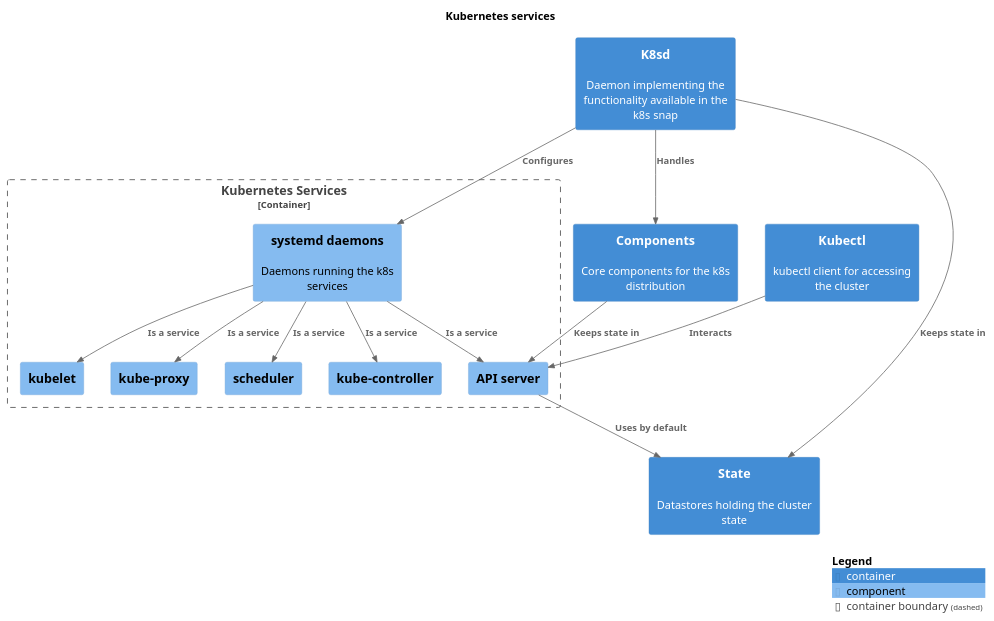
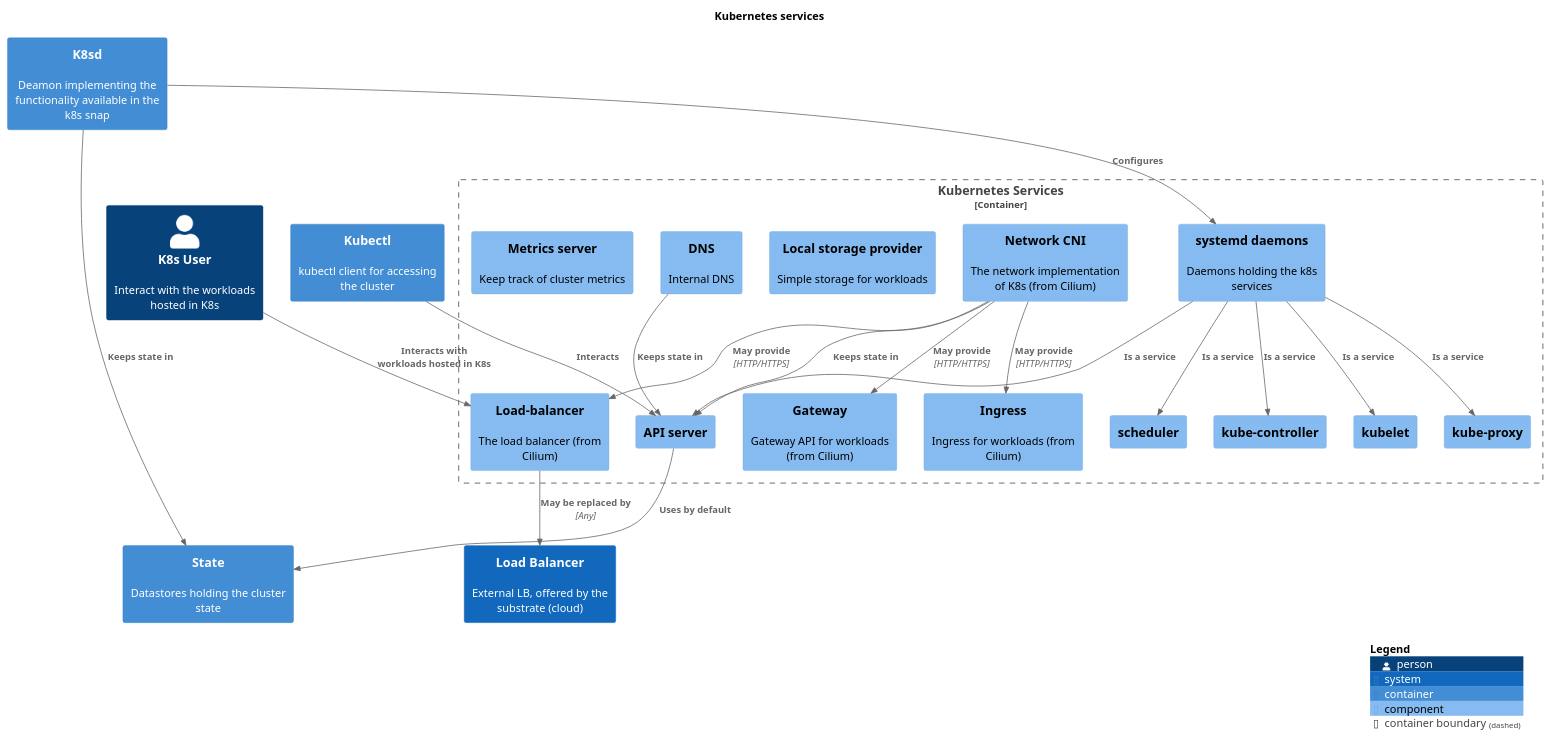
One commit to canonical/k8s-snap changed the diagram in docs/src/assets/k8s-services.puml. Above: the diagram before and after it, drawn with PlantUML. The commit also changed 17 other files, not shown here.

```diff
--- a/docs/src/assets/k8s-services.puml
+++ b/docs/src/assets/k8s-services.puml
@@ -1,39 +1,52 @@
 @startuml
 set separator none
 title Kubernetes services
 
 top to bottom direction
 
 !include <C4/C4>
 !include <C4/C4_Context>
 !include <C4/C4_Container>
 !include <C4/C4_Component>
 
-Container(K8sSnapDistribution.K8sd, "K8sd", $techn="", $descr="Daemon implementing the functionality available in the k8s snap", $tags="", $link="")
-Container(K8sSnapDistribution.Components, "Components", $techn="", $descr="Core components for the k8s distribution", $tags="", $link="")
+Container(K8sSnapDistribution.K8sd, "K8sd", $techn="", $descr="Deamon implementing the functionality available in the k8s snap", $tags="", $link="")
+Container(K8sSnapDistribution.State, "State", $techn="", $descr="Datastores holding the cluster state", $tags="", $link="")
+Person(K8sUser, "K8s User", $descr="Interact with the workloads hosted in K8s", $tags="", $link="")
+System(LoadBalancer, "Load Balancer", $descr="External LB, offered by the substrate (cloud)", $tags="", $link="")
 Container(K8sSnapDistribution.Kubectl, "Kubectl", $techn="", $descr="kubectl client for accessing the cluster", $tags="", $link="")
-Container(K8sSnapDistribution.State, "State", $techn="", $descr="Datastores holding the cluster state", $tags="", $link="")
 
 Container_Boundary("K8sSnapDistribution.KubernetesServices_boundary", "Kubernetes Services", $tags="") {
-  Component(K8sSnapDistribution.KubernetesServices.systemddaemons, "systemd daemons", $techn="", $descr="Daemons running the k8s services", $tags="", $link="")
+  Component(K8sSnapDistribution.KubernetesServices.systemddaemons, "systemd daemons", $techn="", $descr="Daemons holding the k8s services", $tags="", $link="")
   Component(K8sSnapDistribution.KubernetesServices.APIserver, "API server", $techn="", $descr="", $tags="", $link="")
   Component(K8sSnapDistribution.KubernetesServices.kubelet, "kubelet", $techn="", $descr="", $tags="", $link="")
   Component(K8sSnapDistribution.KubernetesServices.kubeproxy, "kube-proxy", $techn="", $descr="", $tags="", $link="")
   Component(K8sSnapDistribution.KubernetesServices.scheduler, "scheduler", $techn="", $descr="", $tags="", $link="")
   Component(K8sSnapDistribution.KubernetesServices.kubecontroller, "kube-controller", $techn="", $descr="", $tags="", $link="")
+  Component(K8sSnapDistribution.KubernetesServices.NetworkCNI, "Network CNI", $techn="", $descr="The network implementation of K8s (from Cilium)", $tags="", $link="")
+  Component(K8sSnapDistribution.KubernetesServices.Localstorageprovider, "Local storage provider", $techn="", $descr="Simple storage for workloads", $tags="", $link="")
+  Component(K8sSnapDistribution.KubernetesServices.Ingress, "Ingress", $techn="", $descr="Ingress for workloads (from Cilium)", $tags="", $link="")
+  Component(K8sSnapDistribution.KubernetesServices.Gateway, "Gateway", $techn="", $descr="Gateway API for workloads (from Cilium)", $tags="", $link="")
+  Component(K8sSnapDistribution.KubernetesServices.DNS, "DNS", $techn="", $descr="Internal DNS", $tags="", $link="")
+  Component(K8sSnapDistribution.KubernetesServices.Metricsserver, "Metrics server", $techn="", $descr="Keep track of cluster metrics", $tags="", $link="")
+  Component(K8sSnapDistribution.KubernetesServices.Loadbalancer, "Load-balancer", $techn="", $descr="The load balancer (from Cilium)", $tags="", $link="")
 }
 
-Rel(K8sSnapDistribution.K8sd, K8sSnapDistribution.Components, "Handles", $techn="", $tags="", $link="")
+Rel(K8sUser, K8sSnapDistribution.KubernetesServices.Loadbalancer, "Interacts with workloads hosted in K8s", $techn="", $tags="", $link="")
+Rel(K8sSnapDistribution.KubernetesServices.Loadbalancer, LoadBalancer, "May be replaced by", $techn="Any", $tags="", $link="")
 Rel(K8sSnapDistribution.K8sd, K8sSnapDistribution.KubernetesServices.systemddaemons, "Configures", $techn="", $tags="", $link="")
 Rel(K8sSnapDistribution.KubernetesServices.systemddaemons, K8sSnapDistribution.KubernetesServices.APIserver, "Is a service", $techn="", $tags="", $link="")
 Rel(K8sSnapDistribution.KubernetesServices.systemddaemons, K8sSnapDistribution.KubernetesServices.kubelet, "Is a service", $techn="", $tags="", $link="")
 Rel(K8sSnapDistribution.KubernetesServices.systemddaemons, K8sSnapDistribution.KubernetesServices.kubeproxy, "Is a service", $techn="", $tags="", $link="")
 Rel(K8sSnapDistribution.KubernetesServices.systemddaemons, K8sSnapDistribution.KubernetesServices.kubecontroller, "Is a service", $techn="", $tags="", $link="")
 Rel(K8sSnapDistribution.KubernetesServices.systemddaemons, K8sSnapDistribution.KubernetesServices.scheduler, "Is a service", $techn="", $tags="", $link="")
-Rel(K8sSnapDistribution.Components, K8sSnapDistribution.KubernetesServices.APIserver, "Keeps state in", $techn="", $tags="", $link="")
+Rel(K8sSnapDistribution.KubernetesServices.NetworkCNI, K8sSnapDistribution.KubernetesServices.APIserver, "Keeps state in", $techn="", $tags="", $link="")
+Rel(K8sSnapDistribution.KubernetesServices.DNS, K8sSnapDistribution.KubernetesServices.APIserver, "Keeps state in", $techn="", $tags="", $link="")
 Rel(K8sSnapDistribution.KubernetesServices.APIserver, K8sSnapDistribution.State, "Uses by default", $techn="", $tags="", $link="")
+Rel(K8sSnapDistribution.KubernetesServices.NetworkCNI, K8sSnapDistribution.KubernetesServices.Ingress, "May provide", $techn="HTTP/HTTPS", $tags="", $link="")
+Rel(K8sSnapDistribution.KubernetesServices.NetworkCNI, K8sSnapDistribution.KubernetesServices.Gateway, "May provide", $techn="HTTP/HTTPS", $tags="", $link="")
+Rel(K8sSnapDistribution.KubernetesServices.NetworkCNI, K8sSnapDistribution.KubernetesServices.Loadbalancer, "May provide", $techn="HTTP/HTTPS", $tags="", $link="")
 Rel(K8sSnapDistribution.K8sd, K8sSnapDistribution.State, "Keeps state in", $techn="", $tags="", $link="")
 Rel(K8sSnapDistribution.Kubectl, K8sSnapDistribution.KubernetesServices.APIserver, "Interacts", $techn="", $tags="", $link="")
 
 SHOW_LEGEND(true)
 @enduml
```
